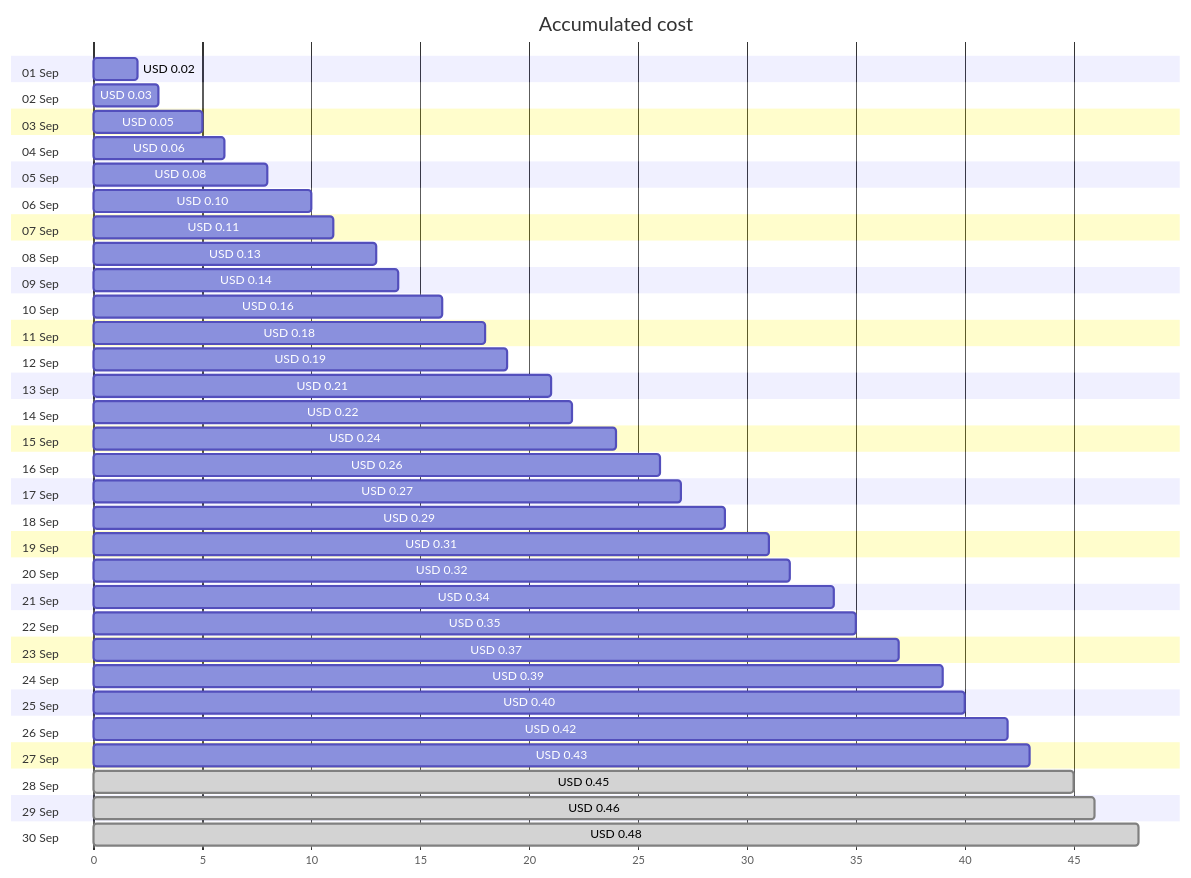
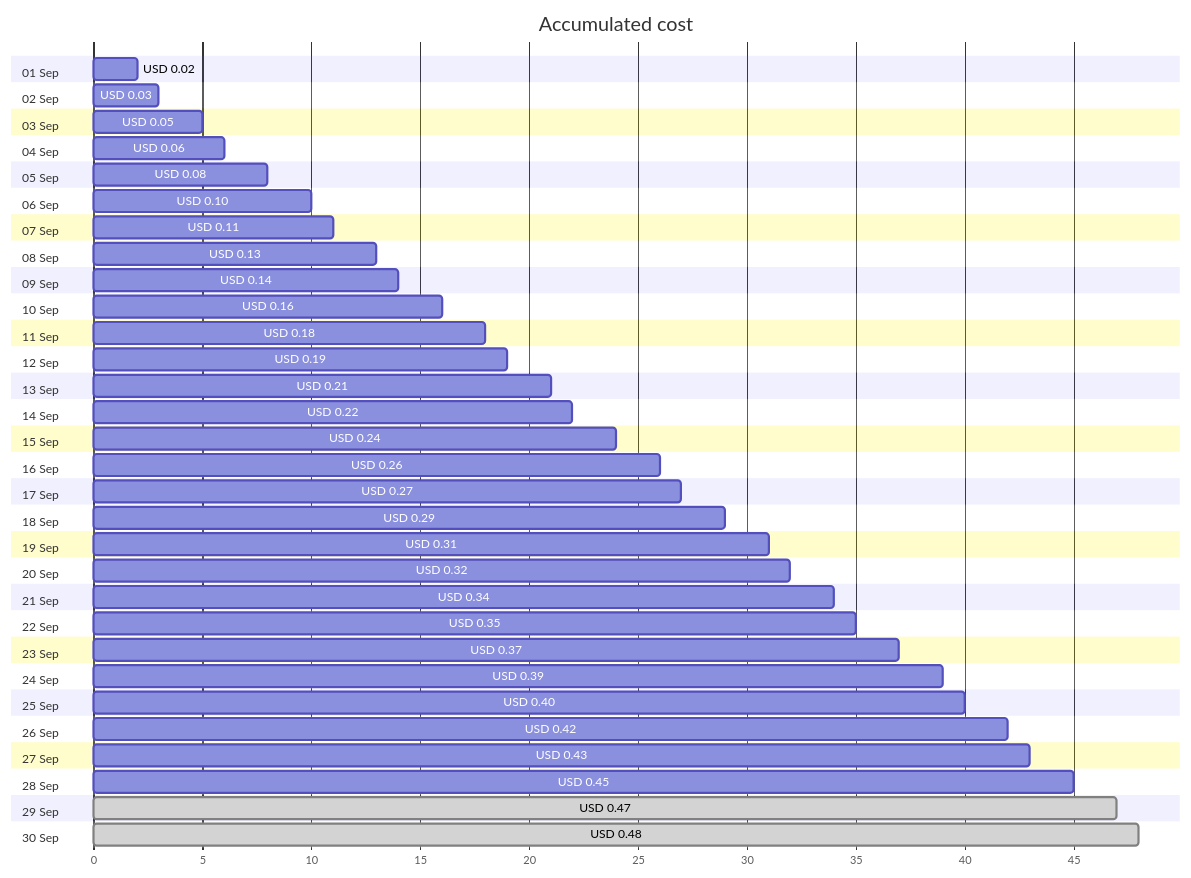
One commit to jpfulton/azure-personal-reports changed the first of 4 diagrams in cost-reports/personal-network/private.jpatrickfulton.com.md. Above: the diagram before and after it, drawn with Mermaid. The commit also changed other lines of this file and 9 other files, not shown here.

````diff
--- a/cost-reports/personal-network/private.jpatrickfulton.com.md
+++ b/cost-reports/personal-network/private.jpatrickfulton.com.md
@@ -20,66 +20,66 @@
 ```mermaid
 gantt
    title Accumulated cost
    dateFormat  X
    axisFormat %s
    section 01 Sep
    USD 0.02 :0, 2
    section 02 Sep
    USD 0.03 :0, 3
    section 03 Sep
    USD 0.05 :0, 5
    section 04 Sep
    USD 0.06 :0, 6
    section 05 Sep
    USD 0.08 :0, 8
    section 06 Sep
    USD 0.10 :0, 10
    section 07 Sep
    USD 0.11 :0, 11
    section 08 Sep
    USD 0.13 :0, 13
    section 09 Sep
    USD 0.14 :0, 14
    section 10 Sep
    USD 0.16 :0, 16
    section 11 Sep
    USD 0.18 :0, 18
    section 12 Sep
    USD 0.19 :0, 19
    section 13 Sep
    USD 0.21 :0, 21
    section 14 Sep
    USD 0.22 :0, 22
    section 15 Sep
    USD 0.24 :0, 24
    section 16 Sep
    USD 0.26 :0, 26
    section 17 Sep
    USD 0.27 :0, 27
    section 18 Sep
    USD 0.29 :0, 29
    section 19 Sep
    USD 0.31 :0, 31
    section 20 Sep
    USD 0.32 :0, 32
    section 21 Sep
    USD 0.34 :0, 34
    section 22 Sep
    USD 0.35 :0, 35
    section 23 Sep
    USD 0.37 :0, 37
    section 24 Sep
    USD 0.39 :0, 39
    section 25 Sep
    USD 0.40 :0, 40
    section 26 Sep
    USD 0.42 :0, 42
    section 27 Sep
    USD 0.43 :0, 43
    section 28 Sep
-   USD 0.45 : done, 0, 45
+   USD 0.45 :0, 45
    section 29 Sep
-   USD 0.46 : done, 0, 46
+   USD 0.47 : done, 0, 47
    section 30 Sep
    USD 0.48 : done, 0, 48
 ```
````
